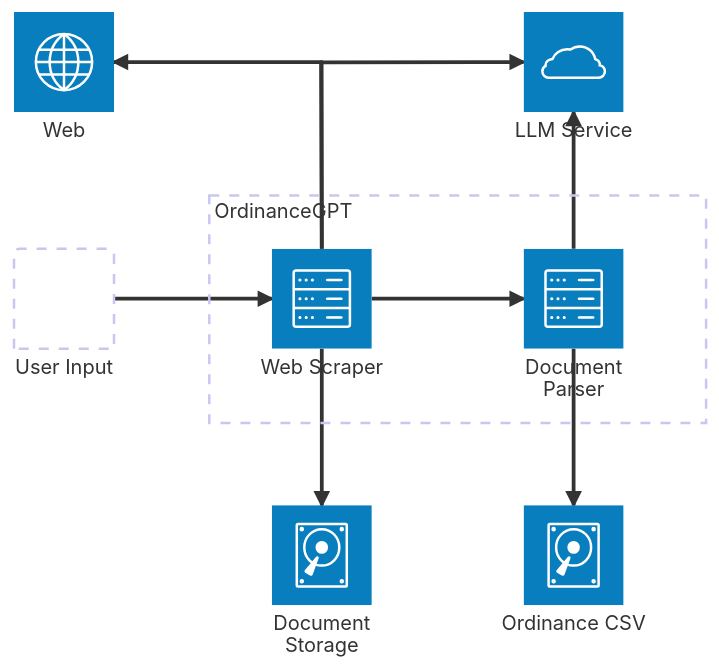
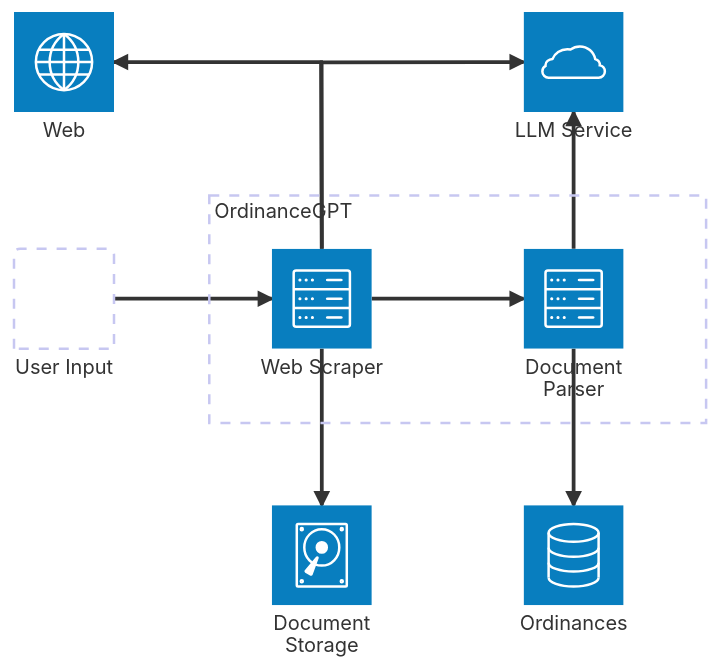
The first of 3 diagrams in elm/ords/ARCHITECTURE.md (NREL/elm), drawn with Mermaid before and after one commit. The commit also changed other lines of this file, not shown here.

````diff
--- a/elm/ords/ARCHITECTURE.md
+++ b/elm/ords/ARCHITECTURE.md
@@ -25,20 +25,20 @@
 ```mermaid
 architecture-beta
     group model[OrdinanceGPT]
 
     service input[User Input]
     service scraper(server)[Web Scraper] in model
     service llm(cloud)[LLM Service]
     service web(internet)[Web]
     service ds(disk)[Document Storage]
     service parser(server)[Document Parser] in model
-    service out(disk)[Ordinance CSV]
+    service out(database)[Ordinances]
 
     input:R --> L:scraper
     scraper:T --> L:llm
     scraper:T --> R:web
     scraper:B --> T:ds
     scraper:R --> L:parser
     parser:T --> B:llm
     parser:B --> T:out
 ```
````
